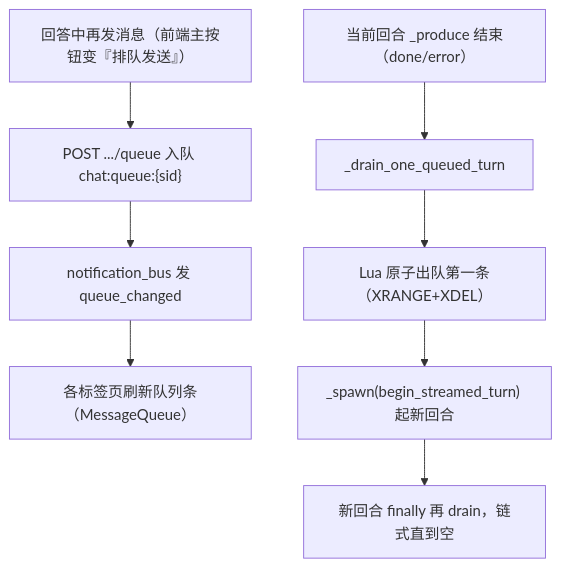
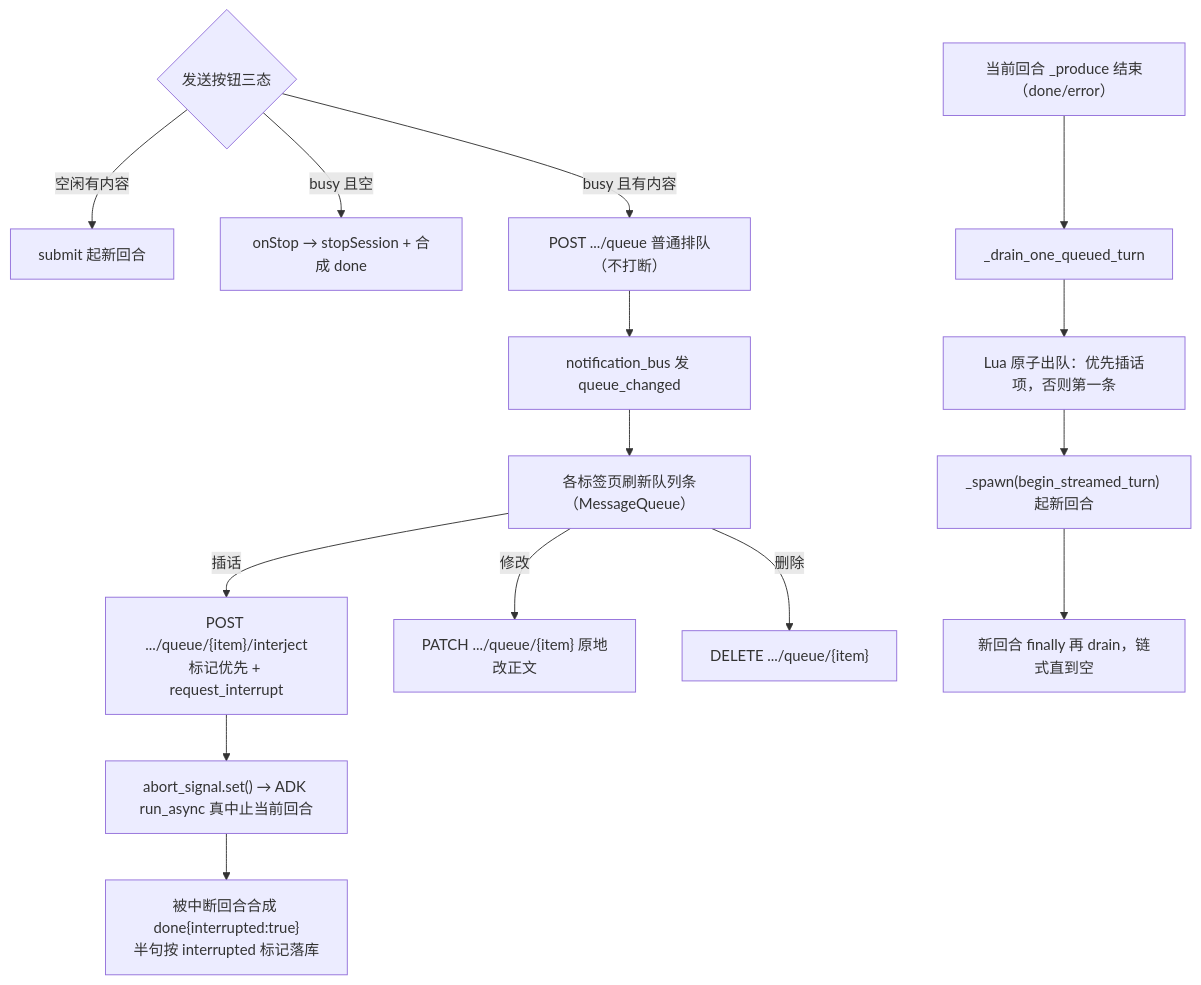
The fourth of 5 diagrams in backend/app/knowledge_base/concepts/对话与智能体架构.md (isfangmk/crewlab), drawn with Mermaid before and after one commit. The commit also changed other lines of this file and 6 other files, not shown here.

First line of the commit message:
docs+test: 同步插话真打断与三态知识库，新增 GUI 截图证据

````diff
--- a/backend/app/knowledge_base/concepts/对话与智能体架构.md
+++ b/backend/app/knowledge_base/concepts/对话与智能体架构.md
@@ -91,10 +95,17 @@
 ```mermaid
 flowchart TD
-  Send["回答中再发消息（前端主按钮变『排队发送』）"] --> Q["POST .../queue 入队 chat:queue:{sid}"]
+  S{"发送按钮三态"} -->|空闲有内容| SUB["submit 起新回合"]
+  S -->|busy 且空| STOP["onStop → stopSession + 合成 done"]
+  S -->|busy 且有内容| Q["POST .../queue 普通排队（不打断）"]
   Q --> N["notification_bus 发 queue_changed"]
   N --> UI["各标签页刷新队列条（MessageQueue）"]
+  UI -->|插话| IJ["POST .../queue/{item}/interject<br/>标记优先 + request_interrupt"]
+  IJ --> ABORT["abort_signal.set() → ADK run_async 真中止当前回合"]
+  UI -->|修改|P["PATCH .../queue/{item} 原地改正文"]
+  UI -->|删除|D["DELETE .../queue/{item}"]
+  ABORT --> DONE["被中断回合合成 done{interrupted:true}<br/>半句按 interrupted 标记落库"]
   Cur["当前回合 _produce 结束（done/error）"] --> Drain["_drain_one_queued_turn"]
-  Drain --> Deq["Lua 原子出队第一条（XRANGE+XDEL）"]
+  Drain --> Deq["Lua 原子出队：优先插话项，否则第一条"]
   Deq --> Spawn["_spawn(begin_streamed_turn) 起新回合"]
   Spawn --> Drain2["新回合 finally 再 drain，链式直到空"]
 ```
````
